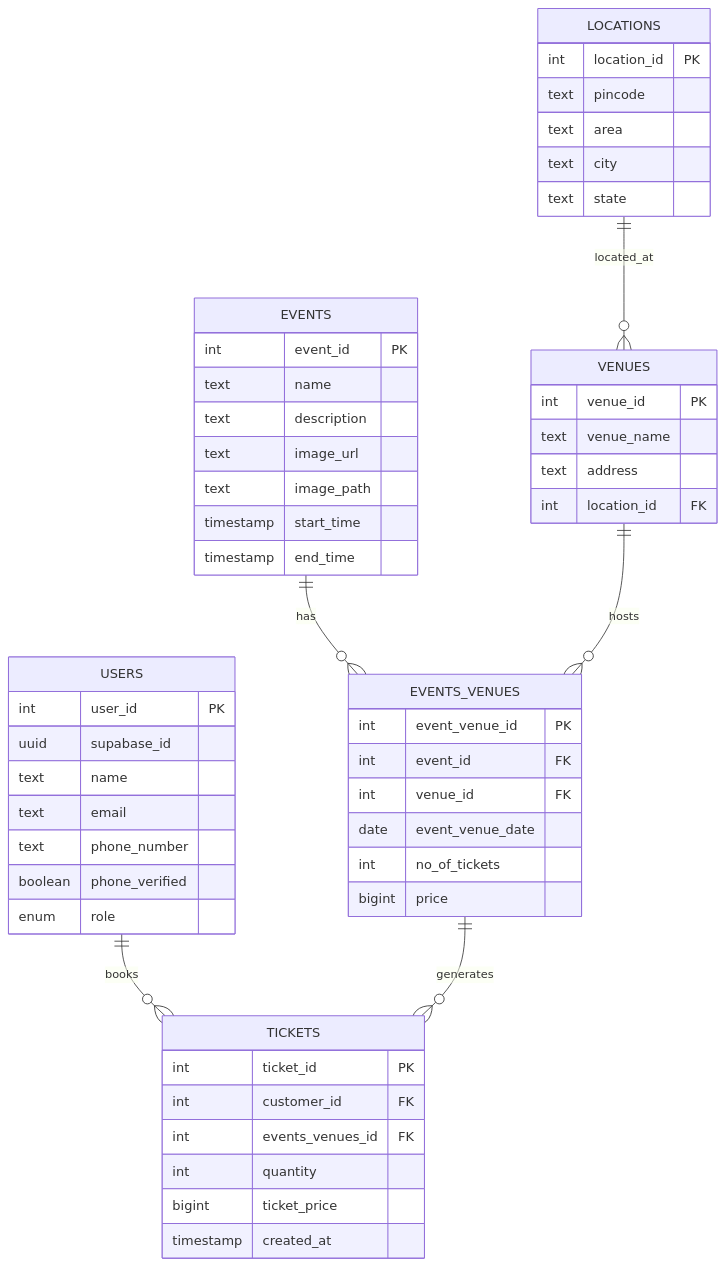
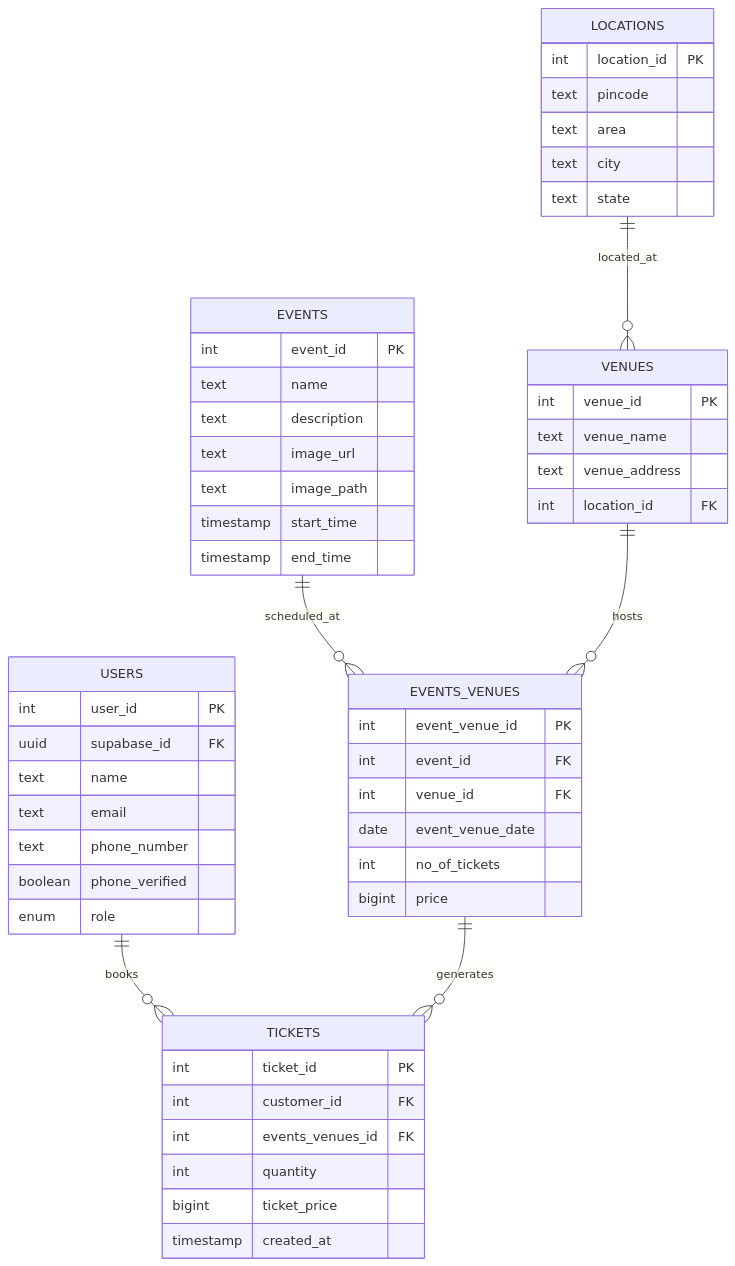
One commit to jaipkapoor99/bookify changed the diagram in README.md. Above: the diagram before and after it, drawn with Mermaid. The commit also changed other lines of this file and 7 other files, not shown here.

````diff
--- a/README.md
+++ b/README.md
@@ -113,61 +178,61 @@
 ```mermaid
 erDiagram
     USERS {
         int user_id PK
-        uuid supabase_id
+        uuid supabase_id FK
         text name
         text email
         text phone_number
         boolean phone_verified
         enum role
     }
 
     EVENTS {
         int event_id PK
         text name
         text description
         text image_url
         text image_path
         timestamp start_time
         timestamp end_time
     }
 
     VENUES {
         int venue_id PK
         text venue_name
-        text address
+        text venue_address
         int location_id FK
     }
 
     EVENTS_VENUES {
         int event_venue_id PK
         int event_id FK
         int venue_id FK
         date event_venue_date
         int no_of_tickets
         bigint price
     }
 
     TICKETS {
         int ticket_id PK
         int customer_id FK
         int events_venues_id FK
         int quantity
         bigint ticket_price
         timestamp created_at
     }
 
     LOCATIONS {
         int location_id PK
         text pincode
         text area
         text city
         text state
     }
 
     USERS ||--o{ TICKETS : "books"
-    EVENTS ||--o{ EVENTS_VENUES : "has"
+    EVENTS ||--o{ EVENTS_VENUES : "scheduled_at"
     VENUES ||--o{ EVENTS_VENUES : "hosts"
     EVENTS_VENUES ||--o{ TICKETS : "generates"
     LOCATIONS ||--o{ VENUES : "located_at"
 ```
````
